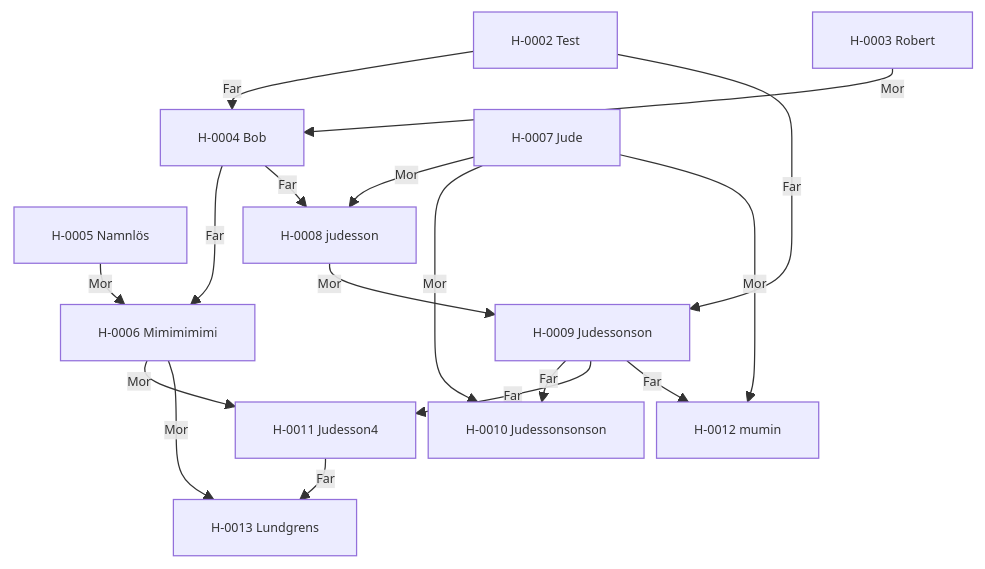
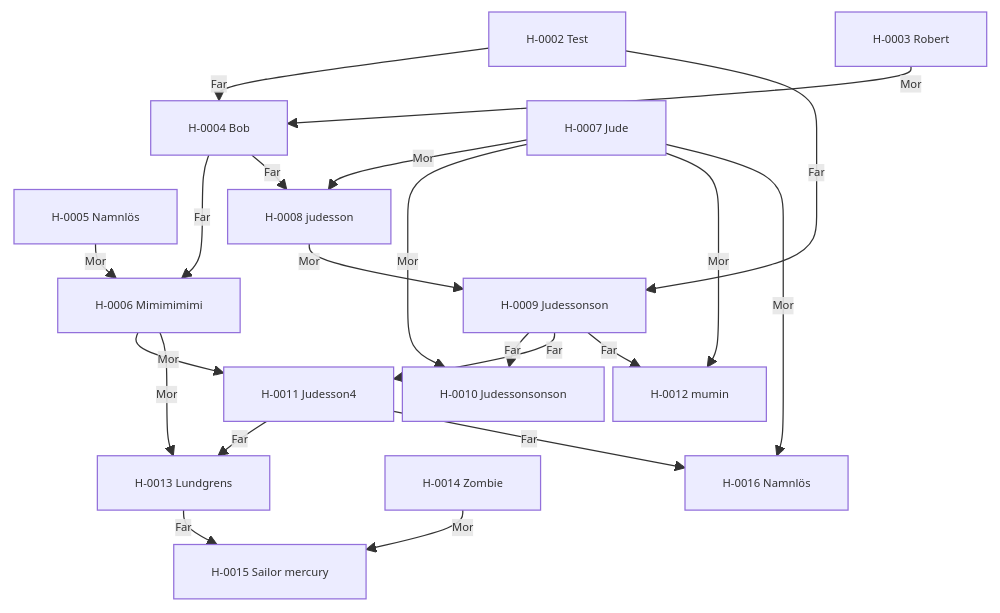
The diagram in content/02. Register/02.3 Stamtavlor/Stamtavla H-0002.md (awoltmp/horse-registry), drawn with Mermaid before and after one commit. The commit also changed other lines of this file and 44 other files, not shown here.

````diff
--- a/content/02. Register/02.3 Stamtavlor/Stamtavla H-0002.md
+++ b/content/02. Register/02.3 Stamtavlor/Stamtavla H-0002.md
@@ -23,33 +23,40 @@
 ```mermaid
-%%{init: {"flowchart": {"nodeSpacing": 10, "rankSpacing": 18, "curve": "basis", "htmlLabels": true}, "themeVariables": {"fontSize": "10px"}}}%%
+%%{init: {"flowchart": {"nodeSpacing": 7, "rankSpacing": 14, "curve": "basis", "htmlLabels": true}, "themeVariables": {"fontSize": "9px"}}}%%
 flowchart TB
     h0["H-0002 Test"]
     h1["H-0003 Robert"]
     h2["H-0004 Bob"]
     h3["H-0005 Namnlös"]
     h4["H-0006 Mimimimimi"]
     h5["H-0007 Jude"]
     h6["H-0008 judesson"]
     h7["H-0009 Judessonson"]
     h8["H-0010 Judessonsonson"]
     h9["H-0011 Judesson4"]
     h10["H-0012 mumin"]
     h11["H-0013 Lundgrens"]
+    h12["H-0014 Zombie"]
+    h13["H-0015 Sailor mercury"]
+    h14["H-0016 Namnlös"]
     h0 -->|Far| h2
     h1 -->|Mor| h2
     h2 -->|Far| h4
     h3 -->|Mor| h4
     h2 -->|Far| h6
     h5 -->|Mor| h6
     h0 -->|Far| h7
     h6 -->|Mor| h7
     h7 -->|Far| h8
     h5 -->|Mor| h8
     h7 -->|Far| h9
     h4 -->|Mor| h9
     h7 -->|Far| h10
     h5 -->|Mor| h10
     h9 -->|Far| h11
     h4 -->|Mor| h11
-    class h0,h1,h2,h3,h4,h5,h6,h7,h8,h9,h10,h11 internal-link;
+    h11 -->|Far| h13
+    h12 -->|Mor| h13
+    h9 -->|Far| h14
+    h5 -->|Mor| h14
+    class h0,h1,h2,h3,h4,h5,h6,h7,h8,h9,h10,h11,h12,h13,h14 internal-link;
 ```
````
